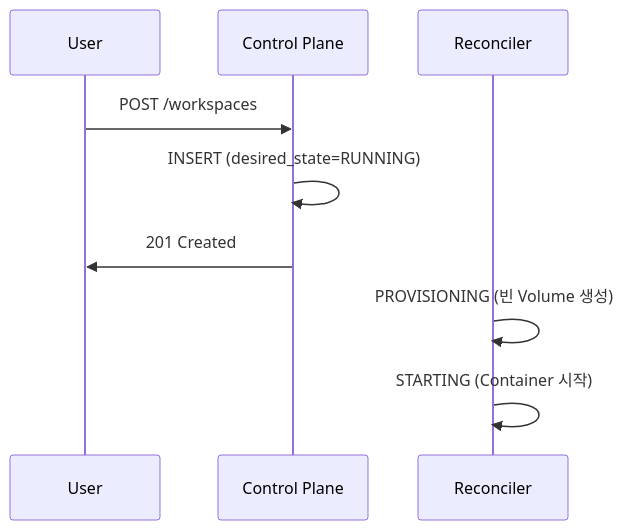
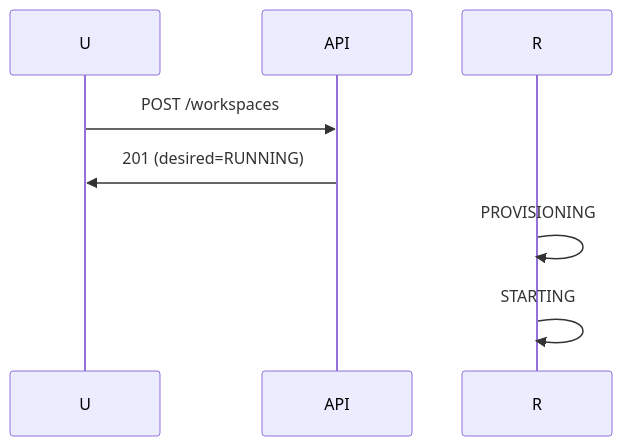
Before and after one commit to cagojeiger/code-hub: the fourth of 6 diagrams in docs/spec_v2/states.md, drawn with Mermaid. The commit also changed other lines of this file and 14 other files, not shown here.

````diff
--- a/docs/spec_v2/states.md
+++ b/docs/spec_v2/states.md
@@ -326,13 +181,7 @@
 ```mermaid
 sequenceDiagram
-    participant U as User
-    participant API as Control Plane
-    participant R as Reconciler
-
     U->>API: POST /workspaces
-    API->>API: INSERT (desired_state=RUNNING)
-    API->>U: 201 Created
-
-    R->>R: PROVISIONING (빈 Volume 생성)
-    R->>R: STARTING (Container 시작)
+    API->>U: 201 (desired=RUNNING)
+    R->>R: PROVISIONING
+    R->>R: STARTING
 ```
````
